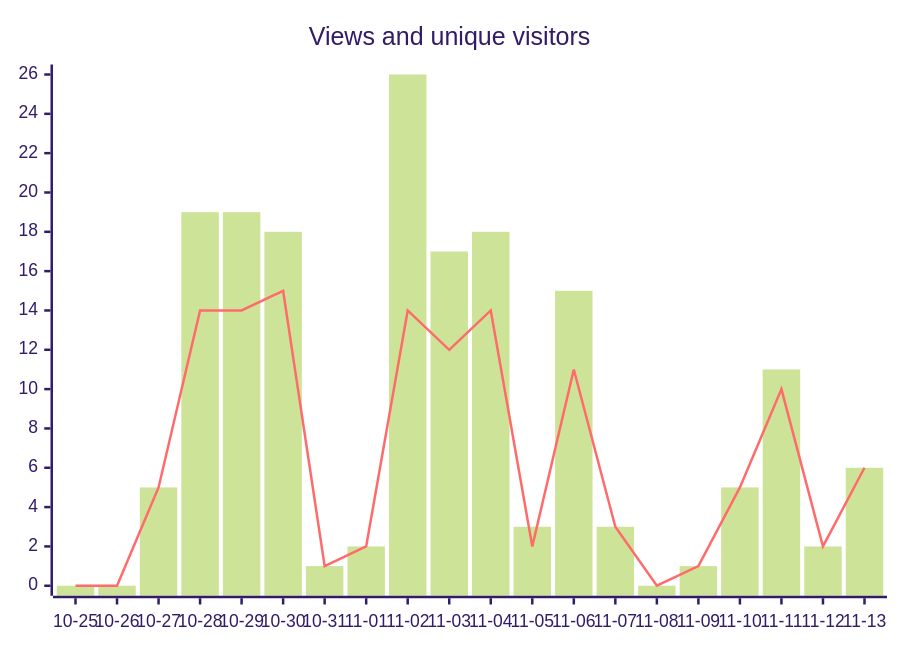
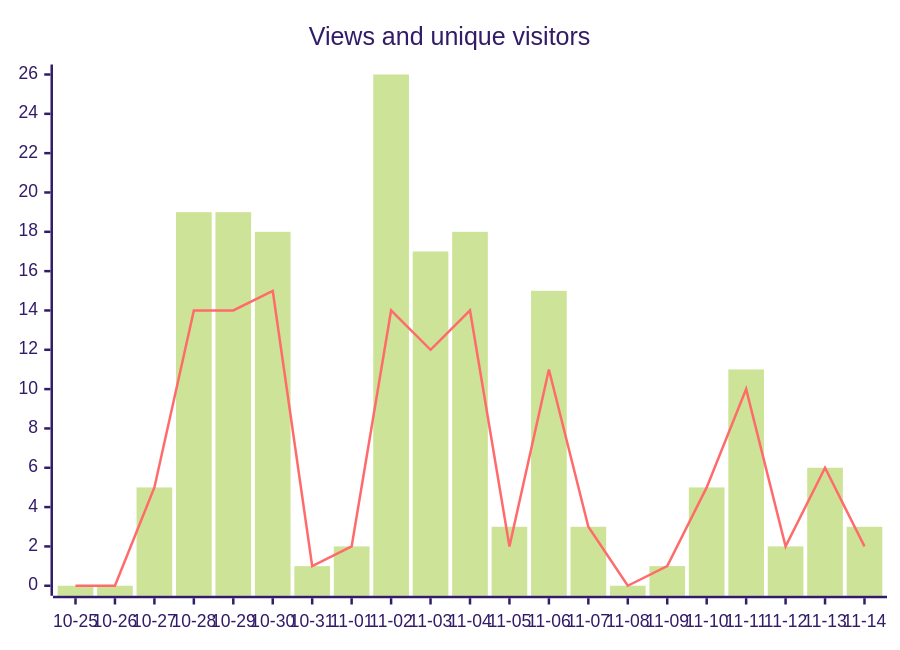
The second of 2 diagrams in README.md (fmadore/Kalamu), drawn with Mermaid (forest theme) before and after one commit. The commit also changed other lines of this file and 3 other files, not shown here.

````diff
--- a/README.md
+++ b/README.md
@@ -68,7 +68,7 @@
 ```mermaid
 xychart-beta
     title "Views and unique visitors"
-    x-axis ["10-25", "10-26", "10-27", "10-28", "10-29", "10-30", "10-31", "11-01", "11-02", "11-03", "11-04", "11-05", "11-06", "11-07", "11-08", "11-09", "11-10", "11-11", "11-12", "11-13"]
-    bar [0, 0, 5, 19, 19, 18, 1, 2, 26, 17, 18, 3, 15, 3, 0, 1, 5, 11, 2, 6]
-    line [0, 0, 5, 14, 14, 15, 1, 2, 14, 12, 14, 2, 11, 3, 0, 1, 5, 10, 2, 6]
+    x-axis ["10-25", "10-26", "10-27", "10-28", "10-29", "10-30", "10-31", "11-01", "11-02", "11-03", "11-04", "11-05", "11-06", "11-07", "11-08", "11-09", "11-10", "11-11", "11-12", "11-13", "11-14"]
+    bar [0, 0, 5, 19, 19, 18, 1, 2, 26, 17, 18, 3, 15, 3, 0, 1, 5, 11, 2, 6, 3]
+    line [0, 0, 5, 14, 14, 15, 1, 2, 14, 12, 14, 2, 11, 3, 0, 1, 5, 10, 2, 6, 2]
 ```
````
